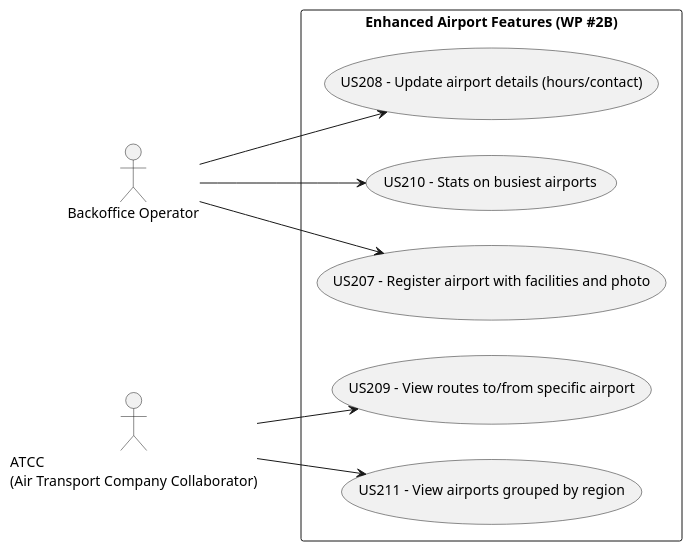
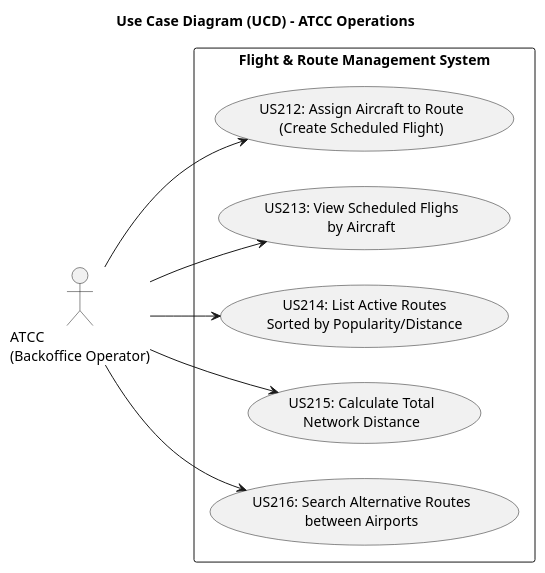
Before and after one commit to VascoMagolo/psoft_1231562_1241692_1242036_2db: the diagram in docs/system-documentation/use-cases/WP3B/UCD/puml/use_case_diagram.puml, drawn with PlantUML. The commit also changed 56 other files, not shown here.

Commit message:
Implement WP3B flight scheduling and network routes

```diff
--- a/docs/system-documentation/use-cases/WP3B/UCD/puml/use_case_diagram.puml
+++ b/docs/system-documentation/use-cases/WP3B/UCD/puml/use_case_diagram.puml
@@ -1,23 +1,25 @@
 @startuml
+title Use Case Diagram (UCD) - ATCC Operations
+
 left to right direction
 skinparam packageStyle rectangle
 
-actor "Backoffice Operator" as BO
-actor "ATCC\n(Air Transport Company Collaborator)" as ATCC
+actor "ATCC\n(Backoffice Operator)" as ATCC
 
-rectangle "Enhanced Airport Features (WP #2B)" {
-  usecase "US207 - Register airport with facilities and photo" as UC207
-  usecase "US208 - Update airport details (hours/contact)" as UC208
-  usecase "US209 - View routes to/from specific airport" as UC209
-  usecase "US210 - Stats on busiest airports" as UC210
-  usecase "US211 - View airports grouped by region" as UC211
+rectangle "Flight & Route Management System" {
+
+  usecase "US212: Assign Aircraft to Route\n(Create Scheduled Flight)" as UC212
+  usecase "US213: View Scheduled Flighs\nby Aircraft" as UC213
+  usecase "US214: List Active Routes\nSorted by Popularity/Distance" as UC214
+  usecase "US215: Calculate Total\nNetwork Distance" as UC215
+  usecase "US216: Search Alternative Routes\nbetween Airports" as UC216
+
 }
 
-BO --> UC207
-BO --> UC208
-BO --> UC210
-
-ATCC --> UC209
-ATCC --> UC211
+ATCC --> UC212
+ATCC --> UC213
+ATCC --> UC214
+ATCC --> UC215
+ATCC --> UC216
 
 @enduml
```
